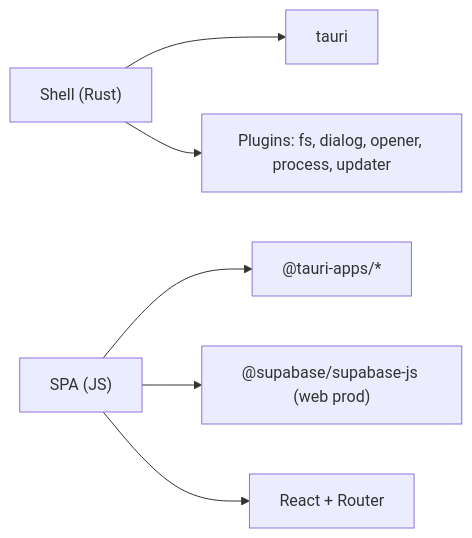
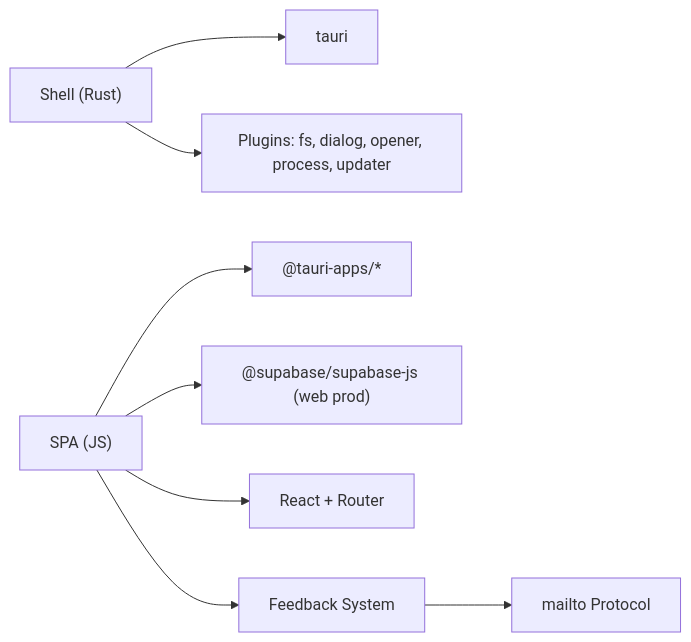
The tenth of 10 diagrams in .qoder/repowiki/en/content/Desktop and Mobile Applications/Tauri Application Shell.md (muhammadhabibullah/tbs-lpdp), drawn with Mermaid before and after one commit. The commit also changed other lines of this file and 88 other files, not shown here.

````diff
--- a/.qoder/repowiki/en/content/Desktop and Mobile Applications/Tauri Application Shell.md
+++ b/.qoder/repowiki/en/content/Desktop and Mobile Applications/Tauri Application Shell.md
@@ -351,8 +439,10 @@
 ```mermaid
 graph LR
 Shell["Shell (Rust)"] --> TauriCore["tauri"]
 Shell --> Plugins["Plugins: fs, dialog, opener, process, updater"]
 SPA["SPA (JS)"] --> TauriAPI["@tauri-apps/*"]
 SPA --> Supabase["@supabase/supabase-js (web prod)"]
 SPA --> React["React + Router"]
+SPA --> Feedback["Feedback System"]
+Feedback --> Mailto["mailto Protocol"]
 ```
````
